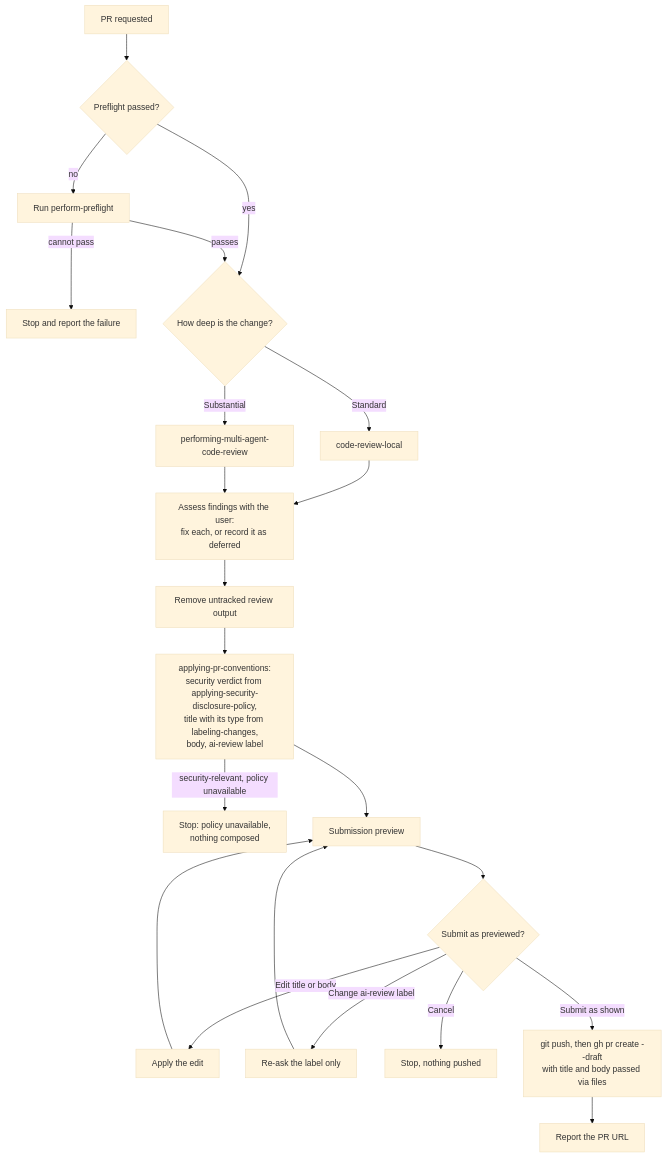
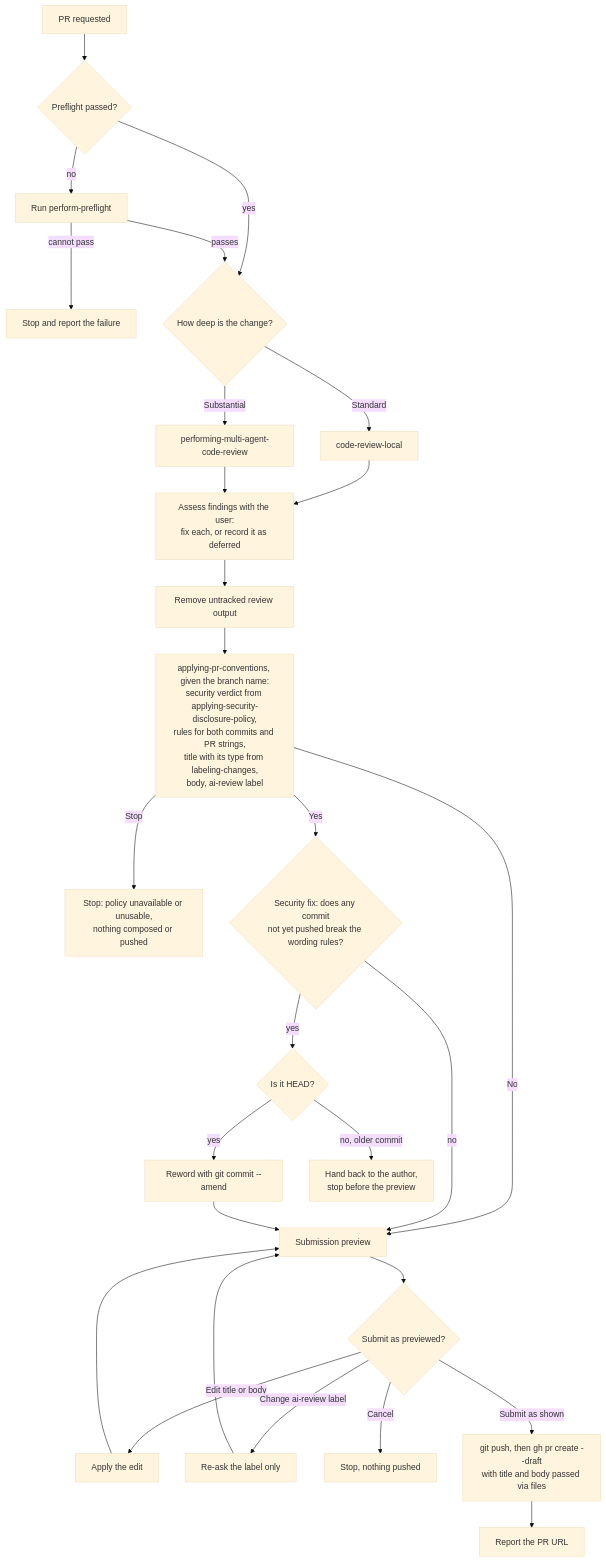
One commit to bitwarden/ai-plugins changed the second of 3 diagrams in plugins/bitwarden-delivery-tools/docs/commit-and-pr-flows.md. Above: the diagram before and after it, drawn with Mermaid (base theme). The commit also changed other lines of this file and 13 other files, not shown here.

First line of the commit message:
Address review: per-commit push check, canonical policy source, eval run

````diff
--- a/plugins/bitwarden-delivery-tools/docs/commit-and-pr-flows.md
+++ b/plugins/bitwarden-delivery-tools/docs/commit-and-pr-flows.md
@@ -48,43 +50,53 @@
 ```mermaid
 graph TD
     start[PR requested]
     preflightDone{Preflight passed?}
     runPreflight[Run perform-preflight]
     preflightFailed[Stop and report the failure]
     depth{How deep is the change?}
     standard[code-review-local]
     substantial[performing-multi-agent-code-review]
     assess[Assess findings with the user:<br/>fix each, or record it as deferred]
     clean[Remove untracked review output]
-    conventions[applying-pr-conventions:<br/>security verdict from applying-security-disclosure-policy,<br/>title with its type from labeling-changes,<br/>body, ai-review label]
-    policyStop[Stop: policy unavailable,<br/>nothing composed]
+    conventions[applying-pr-conventions, given the branch name:<br/>security verdict from applying-security-disclosure-policy,<br/>rules for both commits and PR strings,<br/>title with its type from labeling-changes,<br/>body, ai-review label]
+    policyStop[Stop: policy unavailable or unusable,<br/>nothing composed or pushed]
+    commitCheck{Security fix: does any commit<br/>not yet pushed break the wording rules?}
+    whichCommit{Is it HEAD?}
+    amend[Reword with git commit --amend]
+    handBack[Hand back to the author,<br/>stop before the preview]
     preview[Submission preview]
     confirm{Submit as previewed?}
     edit[Apply the edit]
     relabel[Re-ask the label only]
     cancel[Stop, nothing pushed]
     push[git push, then gh pr create --draft<br/>with title and body passed via files]
     url[Report the PR URL]
 
     start --> preflightDone
     preflightDone -->|yes| depth
     preflightDone -->|no| runPreflight
     runPreflight -->|passes| depth
     runPreflight -->|cannot pass| preflightFailed
     depth -->|Standard| standard
     depth -->|Substantial| substantial
     standard --> assess
     substantial --> assess
     assess --> clean
     clean --> conventions
-    conventions --> preview
-    conventions -->|security-relevant, policy unavailable| policyStop
+    conventions -->|No| preview
+    conventions -->|Yes| commitCheck
+    conventions -->|Stop| policyStop
+    commitCheck -->|no| preview
+    commitCheck -->|yes| whichCommit
+    whichCommit -->|yes| amend
+    whichCommit -->|no, older commit| handBack
+    amend --> preview
     preview --> confirm
     confirm -->|Submit as shown| push
     confirm -->|Edit title or body| edit
     confirm -->|Change ai-review label| relabel
     confirm -->|Cancel| cancel
     edit --> preview
     relabel --> preview
     push --> url
 ```
````
